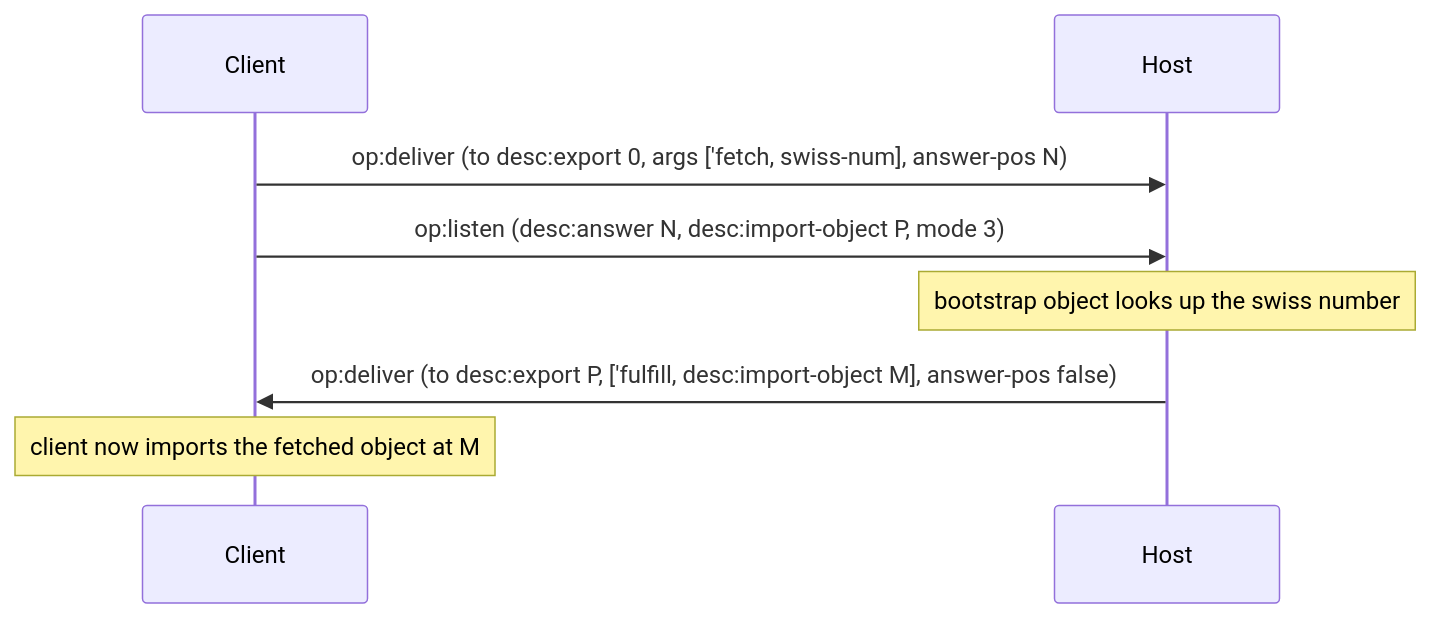
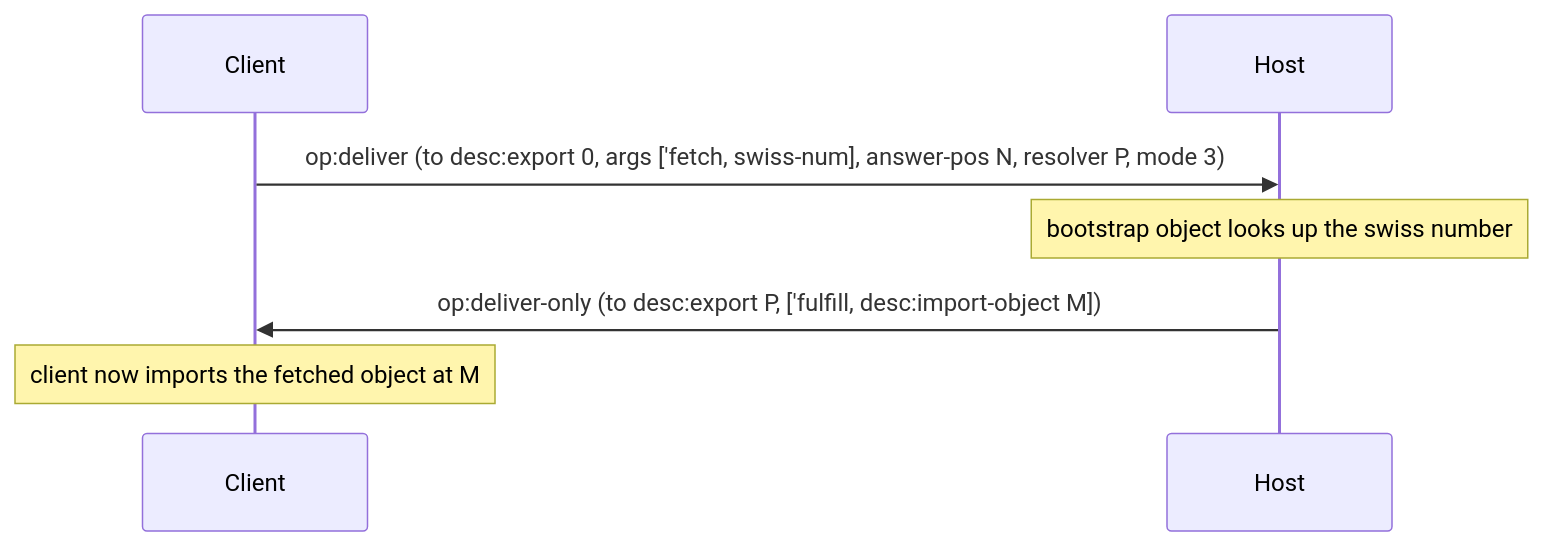
One commit to glowcap-org/glowcap changed the fifth of 7 diagrams in docs/protocol-diagrams/02-deliver-and-resolve.md. Above: the diagram before and after it, drawn with Mermaid. The commit also changed other lines of this file and 371 other files, not shown here.

````diff
--- a/docs/protocol-diagrams/02-deliver-and-resolve.md
+++ b/docs/protocol-diagrams/02-deliver-and-resolve.md
@@ -86,10 +85,9 @@
 ```mermaid
 sequenceDiagram
     participant C as Client
     participant H as Host
-    C->>H: op:deliver (to desc:export 0, args ['fetch, swiss-num], answer-pos N)
-    C->>H: op:listen (desc:answer N, desc:import-object P, mode 3)
+    C->>H: op:deliver (to desc:export 0, args ['fetch, swiss-num], answer-pos N, resolver P, mode 3)
     Note over H: bootstrap object looks up the swiss number
-    H->>C: op:deliver (to desc:export P, ['fulfill, desc:import-object M], answer-pos false)
+    H->>C: op:deliver-only (to desc:export P, ['fulfill, desc:import-object M])
     Note over C: client now imports the fetched object at M
 ```
````
